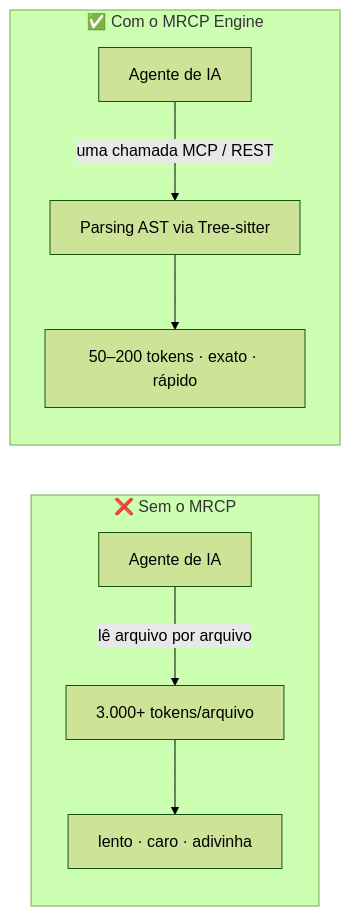
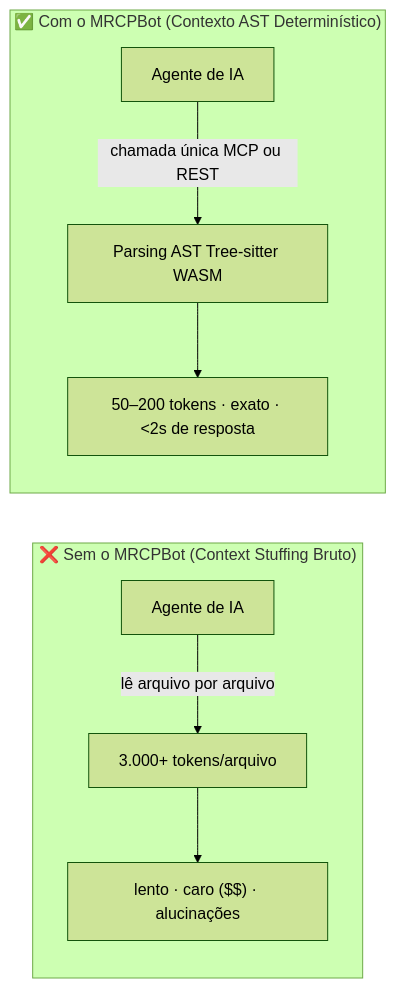
One commit to faelscarpato/mrcpbot changed the first of 2 diagrams in README.pt-BR.md. Above: the diagram before and after it, drawn with Mermaid (forest theme). The commit also changed other lines of this file and 41 other files, not shown here.

First line of the commit message:
chore: rename MRCP Engine to MRCPBot

````diff
--- a/README.pt-BR.md
+++ b/README.pt-BR.md
@@ -30,11 +40,11 @@
 ```mermaid
 flowchart LR
-    subgraph before["❌ Sem o MRCP"]
+    subgraph before["❌ Sem o MRCPBot (Context Stuffing Bruto)"]
         A1["Agente de IA"] -->|"lê arquivo por arquivo"| A2["3.000+ tokens/arquivo"]
-        A2 --> A3["lento · caro · adivinha"]
+        A2 --> A3["lento · caro ($$) · alucinações"]
     end
-    subgraph after["✅ Com o MRCP Engine"]
-        B1["Agente de IA"] -->|"uma chamada MCP / REST"| B2["Parsing AST via Tree-sitter"]
-        B2 --> B3["50–200 tokens · exato · rápido"]
+    subgraph after["✅ Com o MRCPBot (Contexto AST Determinístico)"]
+        B1["Agente de IA"] -->|"chamada única MCP ou REST"| B2["Parsing AST Tree-sitter WASM"]
+        B2 --> B3["50–200 tokens · exato · <2s de resposta"]
     end
 ```
````
